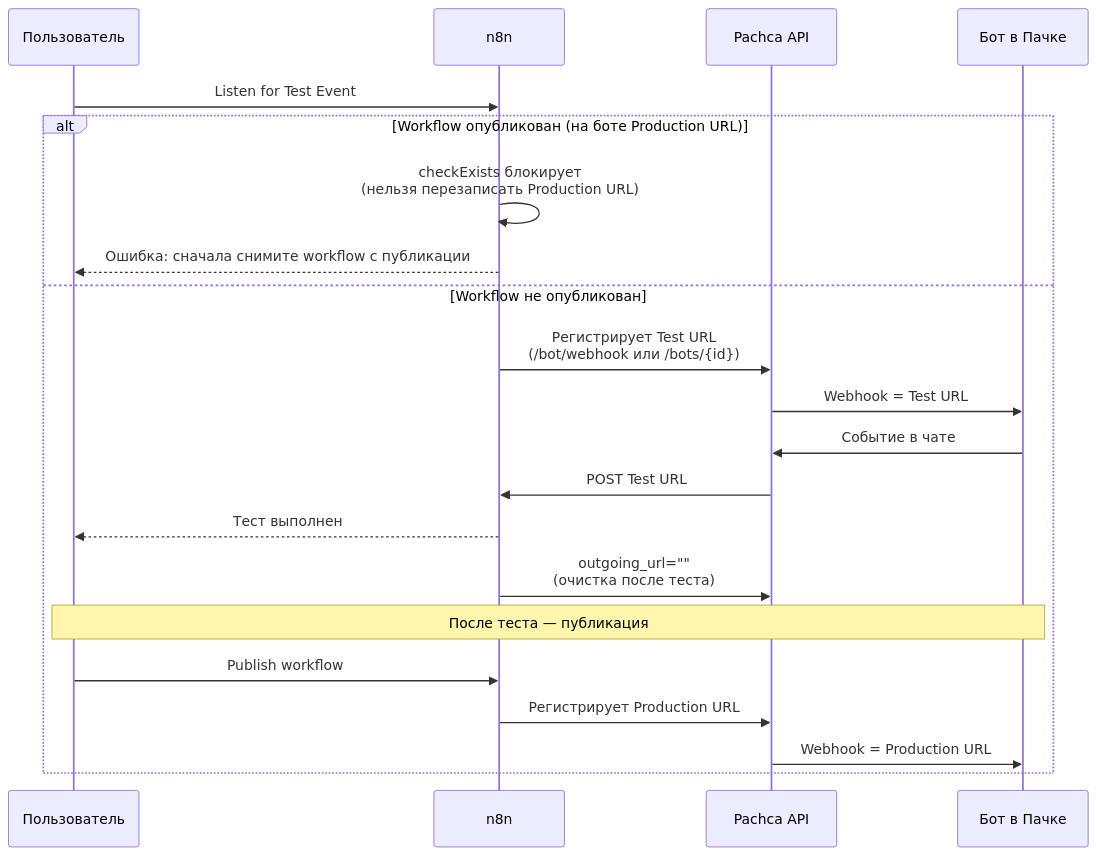
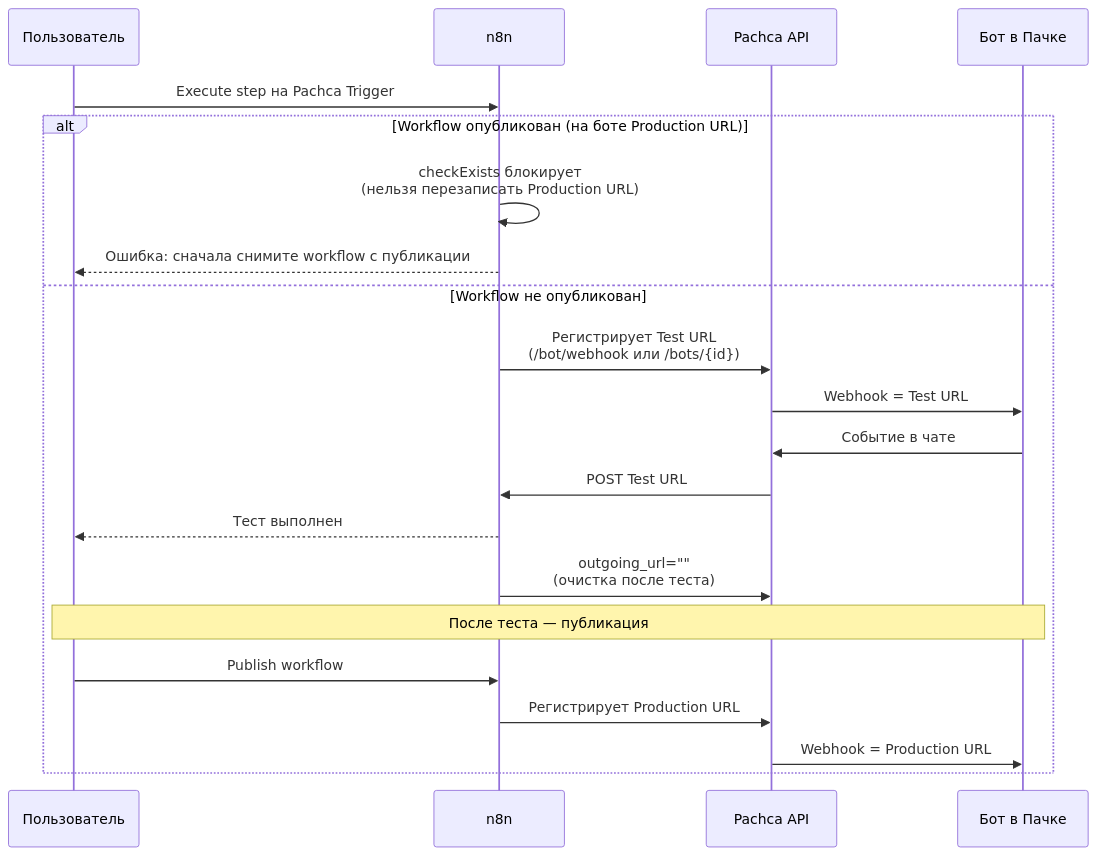
Before and after one commit to pachca/openapi: the diagram in apps/docs/public/guides/n8n/testing.md, drawn with Mermaid. The commit also changed other lines of this file and 68 other files, not shown here.

Commit message:
Кадры n8n на версии 2.47.7 (все 34) и тексты страниц n8n под неё, иллюстрации агента в треде и просмотра .md из компонентов прода, подсказки Pachca Trigger про публикацию; n8n 2.2.8

````diff
--- a/apps/docs/public/guides/n8n/testing.md
+++ b/apps/docs/public/guides/n8n/testing.md
@@ -167,26 +167,26 @@
 ```mermaid
 sequenceDiagram
     participant User as Пользователь
     participant n8n
     participant Pachca as Pachca API
     participant Bot as Бот в Пачке
 
-    User->>n8n: Listen for Test Event
+    User->>n8n: Execute step на Pachca Trigger
 
     alt Workflow опубликован (на боте Production URL)
         n8n->>n8n: checkExists блокирует<br/>(нельзя перезаписать Production URL)
         n8n-->>User: Ошибка: сначала снимите workflow с публикации
     else Workflow не опубликован
         n8n->>Pachca: Регистрирует Test URL<br/>(/bot/webhook или /bots/{id})
         Pachca->>Bot: Webhook = Test URL
         Bot->>Pachca: Событие в чате
         Pachca->>n8n: POST Test URL
         n8n-->>User: Тест выполнен
         n8n->>Pachca: outgoing_url=""<br/>(очистка после теста)
 
         Note over User,Bot: После теста — публикация
         User->>n8n: Publish workflow
         n8n->>Pachca: Регистрирует Production URL
         Pachca->>Bot: Webhook = Production URL
     end
 ```
````
